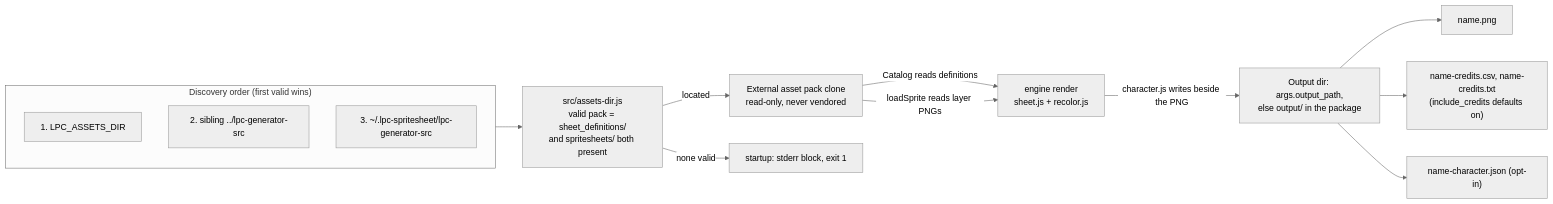
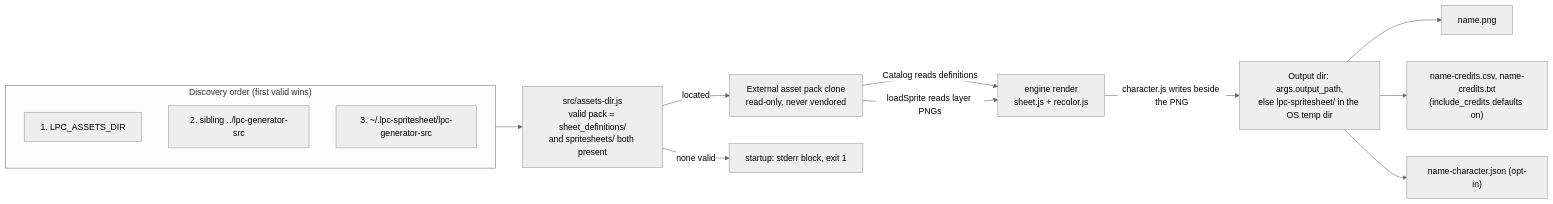
One commit to kanishka-namdeo/lpc-spritesheet-mcp changed the third of 3 diagrams in docs/ARCHITECTURE.md. Above: the diagram before and after it, drawn with Mermaid. The commit also changed 11 other files, not shown here.

````diff
--- a/docs/ARCHITECTURE.md
+++ b/docs/ARCHITECTURE.md
@@ -170,25 +170,25 @@
 ```mermaid
 %%{init: {"theme": "neutral"}}%%
 flowchart LR
   accTitle: Asset pack discovery and rendered artifacts
   accDescr: Three candidate locations are ranked by assets-dir and the first one holding both sheet definitions and spritesheets wins, the engine reads that pack read-only, and each render writes a PNG plus attribution files beside it.
 
   subgraph CAND["Discovery order (first valid wins)"]
     E1["1. LPC_ASSETS_DIR"]
     E2["2. sibling ../lpc-generator-src"]
     E3["3. ~/.lpc-spritesheet/lpc-generator-src"]
   end
   ADIR["src/assets-dir.js<br/>valid pack = sheet_definitions/<br/>and spritesheets/ both present"]
   EXT["External asset pack clone<br/>read-only, never vendored"]
-  OUTD["Output dir: args.output_path,<br/>else output/ in the package"]
+  OUTD["Output dir: args.output_path,<br/>else lpc-spritesheet/ in the OS temp dir"]
 
   CAND --> ADIR
   ADIR -->|none valid| FAIL["startup: stderr block, exit 1"]
   ADIR -->|located| EXT
   EXT -->|Catalog reads definitions| ENG["engine render<br/>sheet.js + recolor.js"]
   EXT -->|loadSprite reads layer PNGs| ENG
   ENG -->|character.js writes beside the PNG| OUTD
   OUTD --> PNG["name.png"]
   OUTD --> CRT["name-credits.csv, name-credits.txt<br/>(include_credits defaults on)"]
   OUTD --> CHJ["name-character.json (opt-in)"]
 ```
````
